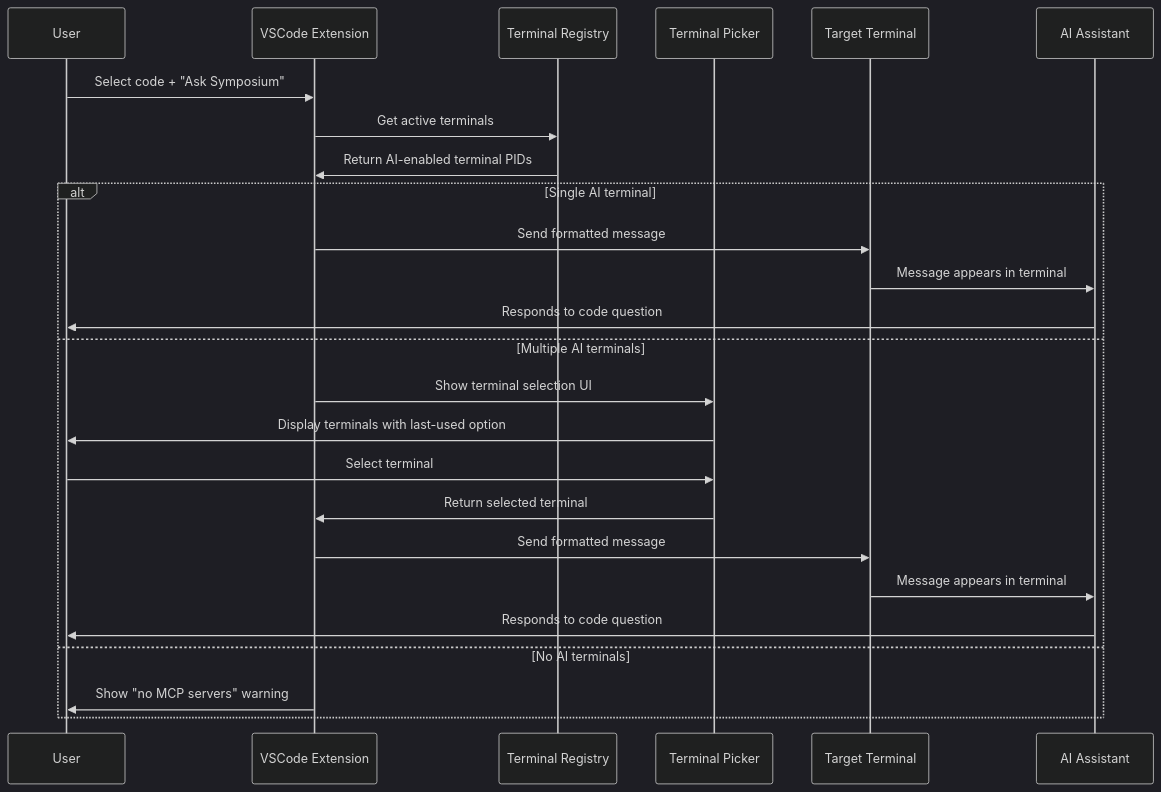
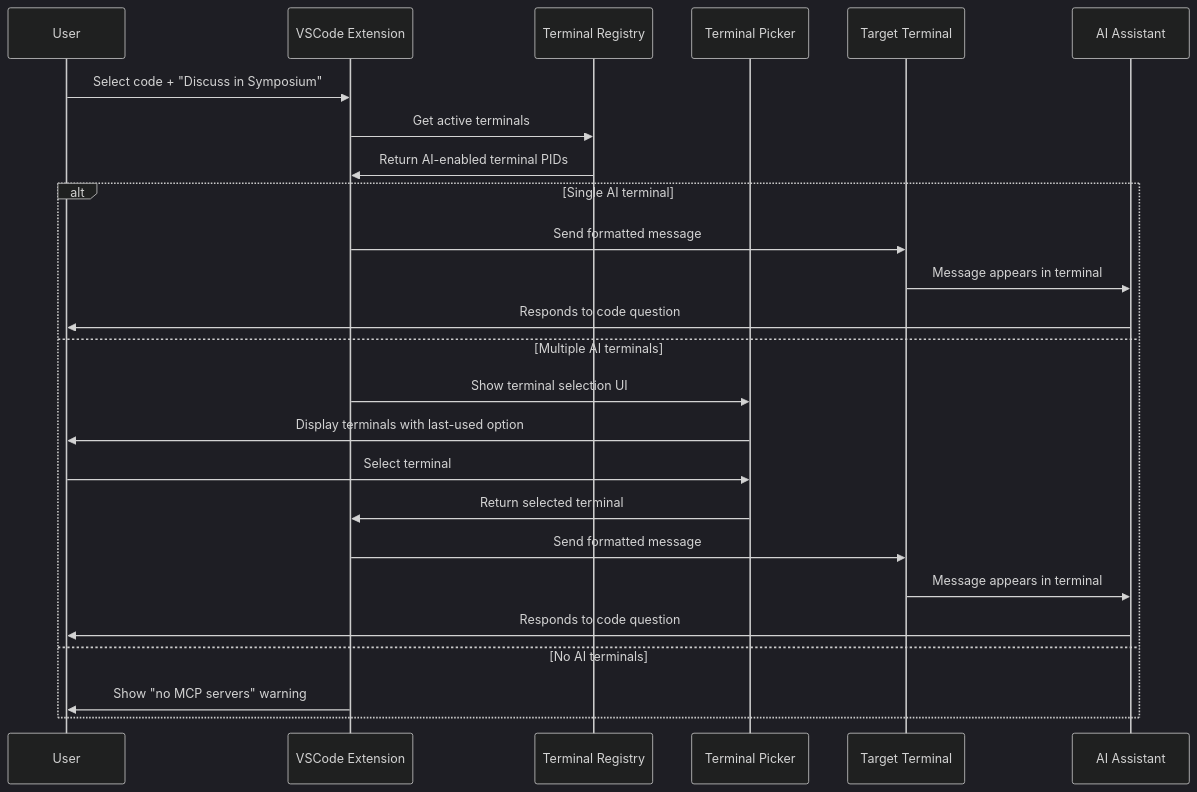
One commit to socratic-shell/symposium changed the second of 4 diagrams in md/design/message-flows.md. Above: the diagram before and after it, drawn with Mermaid (dark theme). The commit also changed other lines of this file and 11 other files, not shown here.

Commit message:
s/Ask in Symposium/Discuss in Symposium/

````diff
--- a/md/design/message-flows.md
+++ b/md/design/message-flows.md
@@ -40,29 +40,29 @@
 ```mermaid
 sequenceDiagram
     participant User
     participant Ext as VSCode Extension
     participant Registry as Terminal Registry
     participant Picker as Terminal Picker
     participant Term as Target Terminal
     participant AI as AI Assistant
 
-    User->>Ext: Select code + "Ask Symposium"
+    User->>Ext: Select code + "Discuss in Symposium"
     Ext->>Registry: Get active terminals
     Registry->>Ext: Return AI-enabled terminal PIDs
     
     alt Single AI terminal
         Ext->>Term: Send formatted message
         Term->>AI: Message appears in terminal
         AI->>User: Responds to code question
     else Multiple AI terminals
         Ext->>Picker: Show terminal selection UI
         Picker->>User: Display terminals with last-used option
         User->>Picker: Select terminal
         Picker->>Ext: Return selected terminal
         Ext->>Term: Send formatted message
         Term->>AI: Message appears in terminal
         AI->>User: Responds to code question
     else No AI terminals
         Ext->>User: Show "no MCP servers" warning
     end
 ```
````
